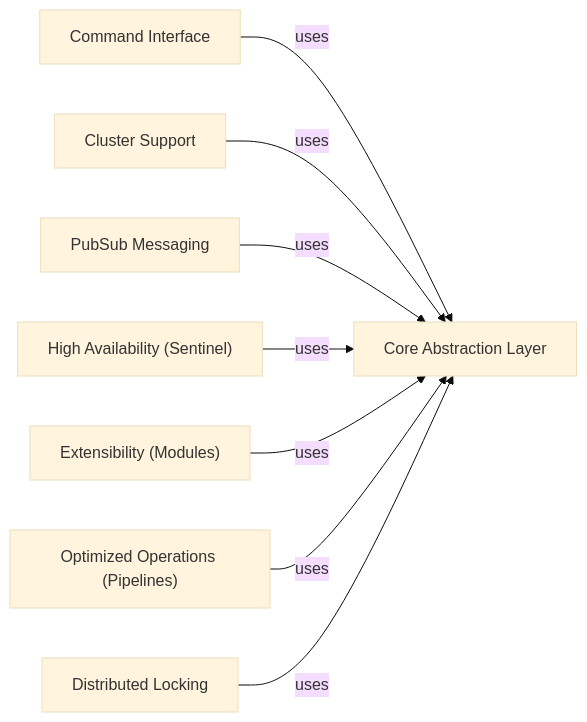
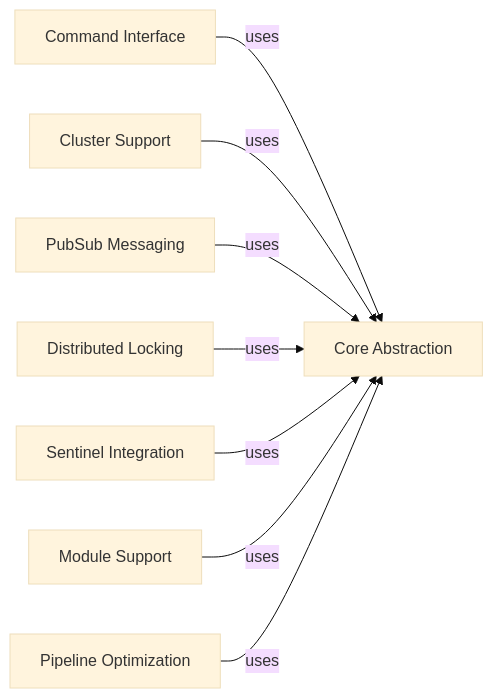
One commit to CodeBoarding/GeneratedOnBoardings changed the diagram in redis-py/on_boarding.md. Above: the diagram before and after it, drawn with Mermaid (base theme). The commit also changed other lines of this file and 12 other files, not shown here.

````diff
--- a/redis-py/on_boarding.md
+++ b/redis-py/on_boarding.md
@@ -1,26 +1,26 @@
 ```mermaid
 graph LR
-    Core_Abstraction_Layer["Core Abstraction Layer"]
+    Core_Abstraction["Core Abstraction"]
     Command_Interface["Command Interface"]
     Cluster_Support["Cluster Support"]
     PubSub_Messaging["PubSub Messaging"]
-    High_Availability_Sentinel_["High Availability (Sentinel)"]
-    Extensibility_Modules_["Extensibility (Modules)"]
-    Optimized_Operations_Pipelines_["Optimized Operations (Pipelines)"]
     Distributed_Locking["Distributed Locking"]
-    Command_Interface -- "uses" --> Core_Abstraction_Layer
-    Cluster_Support -- "uses" --> Core_Abstraction_Layer
-    PubSub_Messaging -- "uses" --> Core_Abstraction_Layer
-    High_Availability_Sentinel_ -- "uses" --> Core_Abstraction_Layer
-    Extensibility_Modules_ -- "uses" --> Core_Abstraction_Layer
-    Optimized_Operations_Pipelines_ -- "uses" --> Core_Abstraction_Layer
-    Distributed_Locking -- "uses" --> Core_Abstraction_Layer
-    click Core_Abstraction_Layer href "https://github.com/CodeBoarding/GeneratedOnBoardings/blob/main/redis-py/Core Abstraction Layer.md" "Details"
+    Sentinel_Integration["Sentinel Integration"]
+    Module_Support["Module Support"]
+    Pipeline_Optimization["Pipeline Optimization"]
+    Command_Interface -- "uses" --> Core_Abstraction
+    Cluster_Support -- "uses" --> Core_Abstraction
+    PubSub_Messaging -- "uses" --> Core_Abstraction
+    Distributed_Locking -- "uses" --> Core_Abstraction
+    Sentinel_Integration -- "uses" --> Core_Abstraction
+    Module_Support -- "uses" --> Core_Abstraction
+    Pipeline_Optimization -- "uses" --> Core_Abstraction
+    click Core_Abstraction href "https://github.com/CodeBoarding/GeneratedOnBoardings/blob/main/redis-py/Core Abstraction.md" "Details"
     click Command_Interface href "https://github.com/CodeBoarding/GeneratedOnBoardings/blob/main/redis-py/Command Interface.md" "Details"
     click Cluster_Support href "https://github.com/CodeBoarding/GeneratedOnBoardings/blob/main/redis-py/Cluster Support.md" "Details"
     click PubSub_Messaging href "https://github.com/CodeBoarding/GeneratedOnBoardings/blob/main/redis-py/PubSub Messaging.md" "Details"
-    click High_Availability_Sentinel_ href "https://github.com/CodeBoarding/GeneratedOnBoardings/blob/main/redis-py/High Availability (Sentinel).md" "Details"
-    click Extensibility_Modules_ href "https://github.com/CodeBoarding/GeneratedOnBoardings/blob/main/redis-py/Extensibility (Modules).md" "Details"
-    click Optimized_Operations_Pipelines_ href "https://github.com/CodeBoarding/GeneratedOnBoardings/blob/main/redis-py/Optimized Operations (Pipelines).md" "Details"
     click Distributed_Locking href "https://github.com/CodeBoarding/GeneratedOnBoardings/blob/main/redis-py/Distributed Locking.md" "Details"
+    click Sentinel_Integration href "https://github.com/CodeBoarding/GeneratedOnBoardings/blob/main/redis-py/Sentinel Integration.md" "Details"
+    click Module_Support href "https://github.com/CodeBoarding/GeneratedOnBoardings/blob/main/redis-py/Module Support.md" "Details"
+    click Pipeline_Optimization href "https://github.com/CodeBoarding/GeneratedOnBoardings/blob/main/redis-py/Pipeline Optimization.md" "Details"
 ```
````
